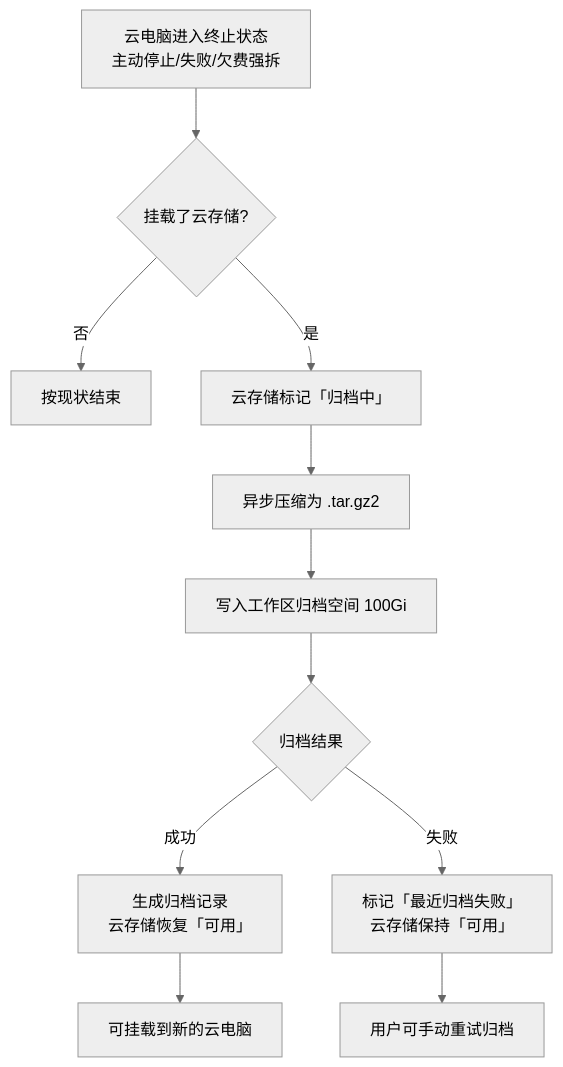
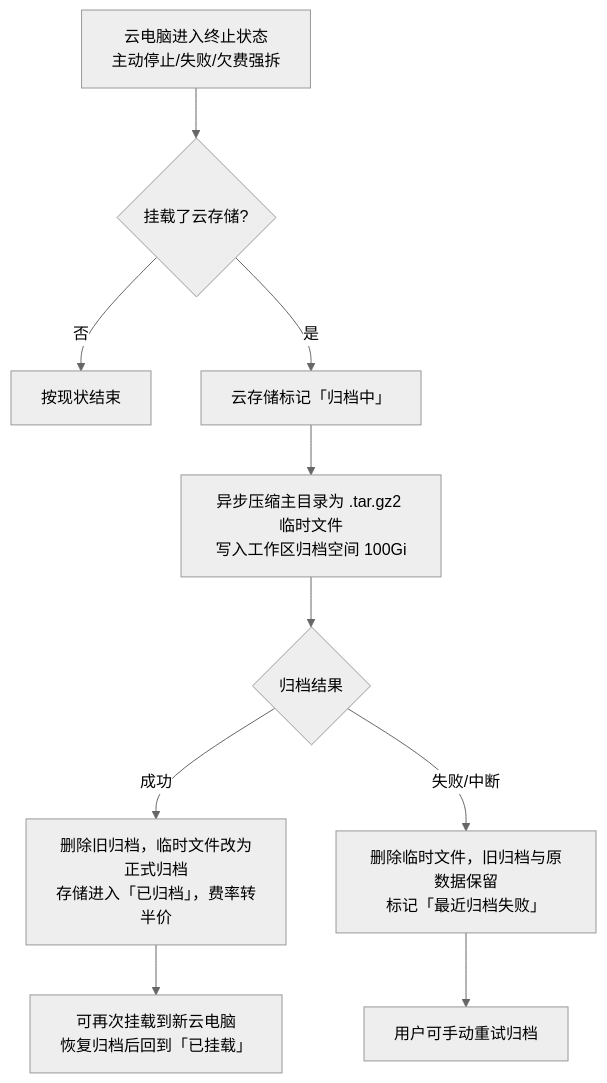
Before and after one commit to Deliay/z-agent-gear: the third of 4 diagrams in docs/product/draft/20261102-cloud-storage.md, drawn with Mermaid (neutral theme). The commit also changed other lines of this file and 3 other files, not shown here.

````diff
--- a/docs/product/draft/20261102-cloud-storage.md
+++ b/docs/product/draft/20261102-cloud-storage.md
@@ -247,13 +288,12 @@
 ```mermaid
 flowchart TD
     A[云电脑进入终止状态<br/>主动停止/失败/欠费强拆] --> B{挂载了云存储?}
     B -->|否| C[按现状结束]
     B -->|是| D[云存储标记「归档中」]
-    D --> E[异步压缩为 .tar.gz2]
-    E --> F[写入工作区归档空间 100Gi]
-    F --> G{归档结果}
-    G -->|成功| H[生成归档记录<br/>云存储恢复「可用」]
-    G -->|失败| I[标记「最近归档失败」<br/>云存储保持「可用」]
-    I --> J[用户可手动重试归档]
-    H --> K[可挂载到新的云电脑]
+    D --> E[异步压缩主目录为 .tar.gz2 临时文件<br/>写入工作区归档空间 100Gi]
+    E --> F{归档结果}
+    F -->|成功| G[删除旧归档，临时文件改为正式归档<br/>存储进入「已归档」，费率转半价]
+    F -->|失败/中断| H[删除临时文件，旧归档与原数据保留<br/>标记「最近归档失败」]
+    H --> I[用户可手动重试归档]
+    G --> J[可再次挂载到新云电脑<br/>恢复归档后回到「已挂载」]
 ```
````
